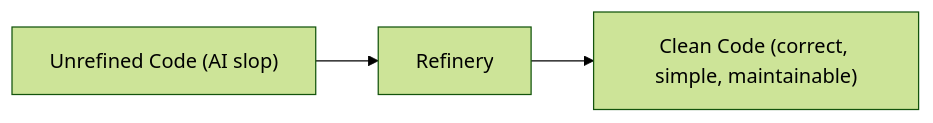
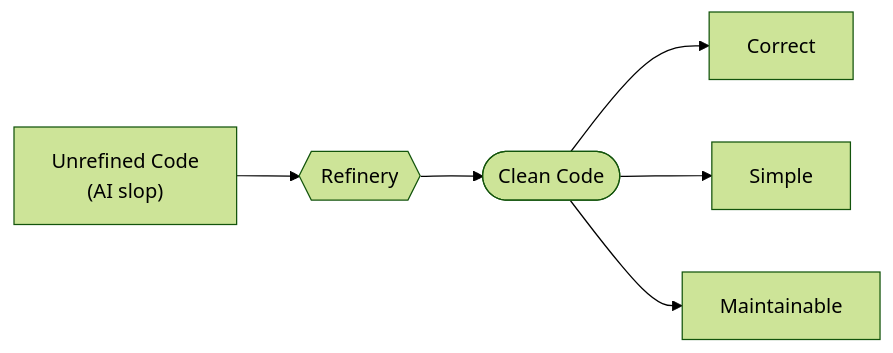
The diagram in README.md (HOWMZofficial/slop-refinery), drawn with Mermaid (forest theme) before and after one commit.

Commit message:
Refine README diagram

````diff
--- a/README.md
+++ b/README.md
@@ -7,5 +7,8 @@
 ```mermaid
 flowchart LR
-    A["Unrefined Code (AI slop)"] --> B["Refinery"]
-    B --> C["Clean Code (correct, simple, maintainable)"]
+    A["Unrefined Code<br/>(AI slop)"] --> B{{"Refinery"}}
+    B --> C(["Clean Code"])
+    C --> D["Correct"]
+    C --> E["Simple"]
+    C --> F["Maintainable"]
 ```
````
